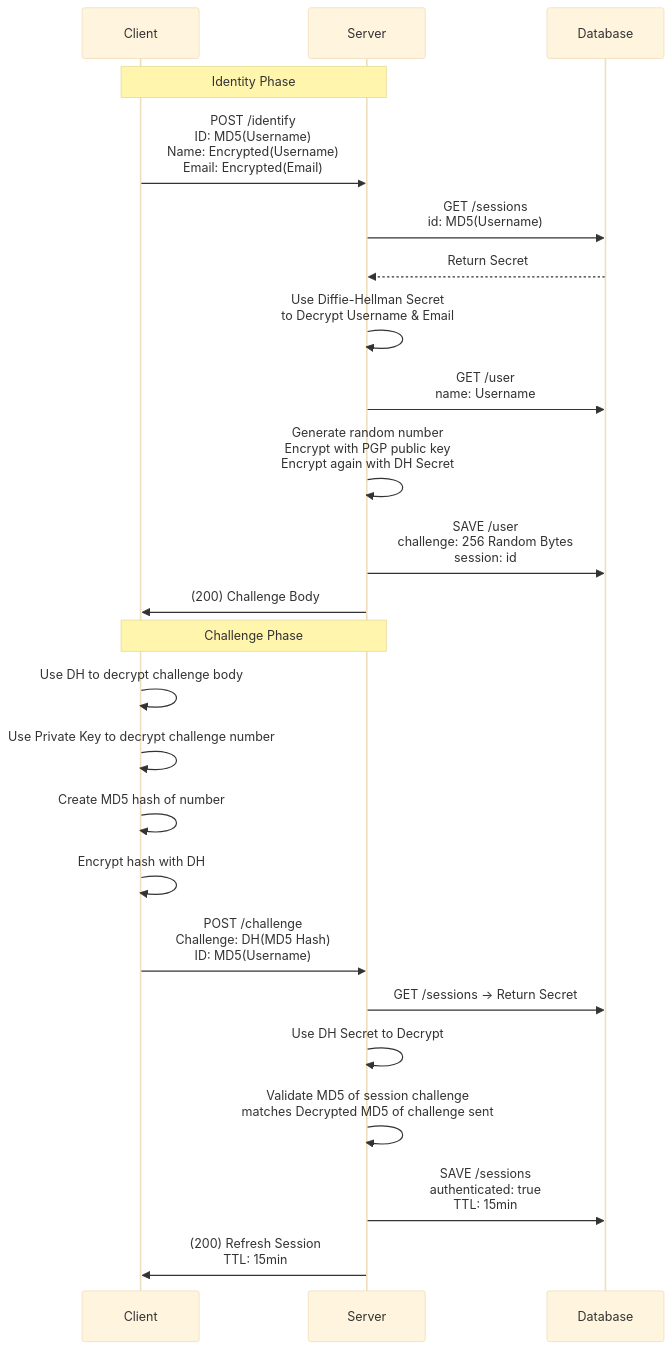
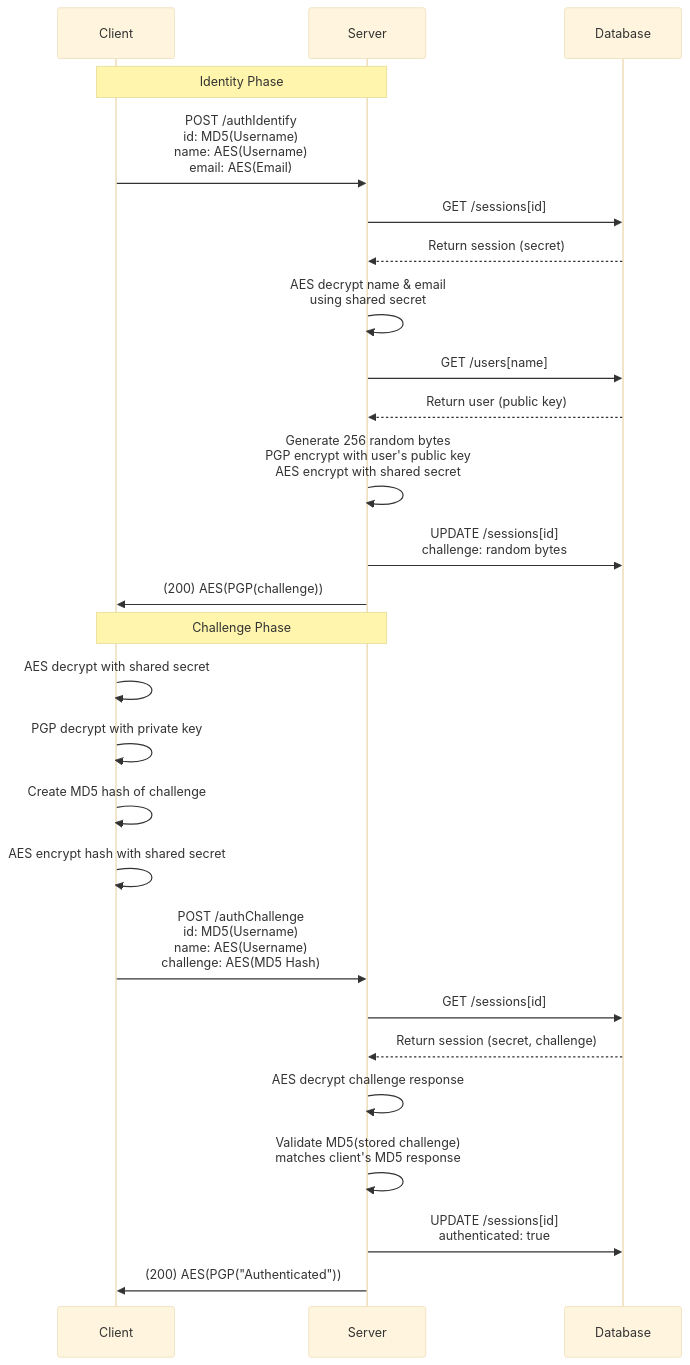
Before and after one commit to NathanielInman/credential-broker: the fourth of 5 diagrams in README.md, drawn with Mermaid (base theme). The commit also changed other lines of this file, not shown here.

````diff
--- a/README.md
+++ b/README.md
@@ -128,42 +130,44 @@
 ```mermaid
 sequenceDiagram
     participant C as Client
     participant S as Server
     participant DB as Database
 
     Note over C,S: Identity Phase
 
-    C->>S: POST /identify<br/>ID: MD5(Username)<br/>Name: Encrypted(Username)<br/>Email: Encrypted(Email)
+    C->>S: POST /authIdentify<br/>id: MD5(Username)<br/>name: AES(Username)<br/>email: AES(Email)
 
-    S->>DB: GET /sessions<br/>id: MD5(Username)
-    DB-->>S: Return Secret
+    S->>DB: GET /sessions[id]
+    DB-->>S: Return session (secret)
 
-    S->>S: Use Diffie-Hellman Secret<br/>to Decrypt Username & Email
+    S->>S: AES decrypt name & email<br/>using shared secret
 
-    S->>DB: GET /user<br/>name: Username
+    S->>DB: GET /users[name]
+    DB-->>S: Return user (public key)
 
-    S->>S: Generate random number<br/>Encrypt with PGP public key<br/>Encrypt again with DH Secret
+    S->>S: Generate 256 random bytes<br/>PGP encrypt with user's public key<br/>AES encrypt with shared secret
 
-    S->>DB: SAVE /user<br/>challenge: 256 Random Bytes<br/>session: id
+    S->>DB: UPDATE /sessions[id]<br/>challenge: random bytes
 
-    S->>C: (200) Challenge Body
+    S->>C: (200) AES(PGP(challenge))
 
     Note over C,S: Challenge Phase
 
-    C->>C: Use DH to decrypt challenge body
-    C->>C: Use Private Key to decrypt challenge number
-    C->>C: Create MD5 hash of number
-    C->>C: Encrypt hash with DH
+    C->>C: AES decrypt with shared secret
+    C->>C: PGP decrypt with private key
+    C->>C: Create MD5 hash of challenge
+    C->>C: AES encrypt hash with shared secret
 
-    C->>S: POST /challenge<br/>Challenge: DH(MD5 Hash)<br/>ID: MD5(Username)
+    C->>S: POST /authChallenge<br/>id: MD5(Username)<br/>name: AES(Username)<br/>challenge: AES(MD5 Hash)
 
-    S->>DB: GET /sessions → Return Secret
+    S->>DB: GET /sessions[id]
+    DB-->>S: Return session (secret, challenge)
 
-    S->>S: Use DH Secret to Decrypt
+    S->>S: AES decrypt challenge response
 
-    S->>S: Validate MD5 of session challenge<br/>matches Decrypted MD5 of challenge sent
+    S->>S: Validate MD5(stored challenge)<br/>matches client's MD5 response
 
-    S->>DB: SAVE /sessions<br/>authenticated: true<br/>TTL: 15min
+    S->>DB: UPDATE /sessions[id]<br/>authenticated: true
 
-    S->>C: (200) Refresh Session<br/>TTL: 15min
+    S->>C: (200) AES(PGP("Authenticated"))
 ```
````
